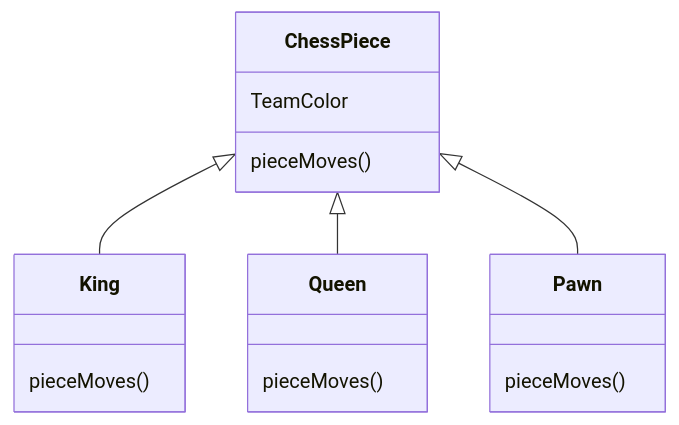
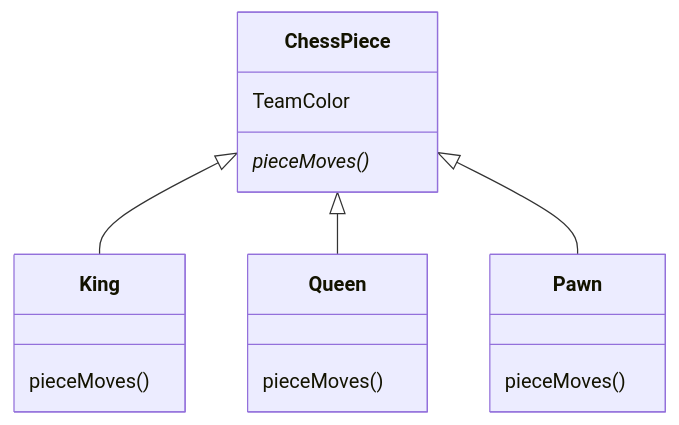
One commit to byucsstudent/cs240v2 changed the second of 4 diagrams in instruction/interfaces-abstract-classes/interfaces-and-abstract-classes.md. Above: the diagram before and after it, drawn with Mermaid. The commit also changed other lines of this file, not shown here.

````diff
--- a/instruction/interfaces-abstract-classes/interfaces-and-abstract-classes.md
+++ b/instruction/interfaces-abstract-classes/interfaces-and-abstract-classes.md
@@ -284,24 +291,24 @@
 ```mermaid
 classDiagram
 
     class ChessPiece {
         TeamColor
-        pieceMoves()
+        pieceMoves()*
     }
 
     ChessPiece <|-- King
     ChessPiece <|-- Queen
     ChessPiece <|-- Pawn
 
     class King {
         pieceMoves()
     }
     class Queen {
         pieceMoves()
     }
 
     class Pawn {
         pieceMoves()
     }
 
 ```
````
